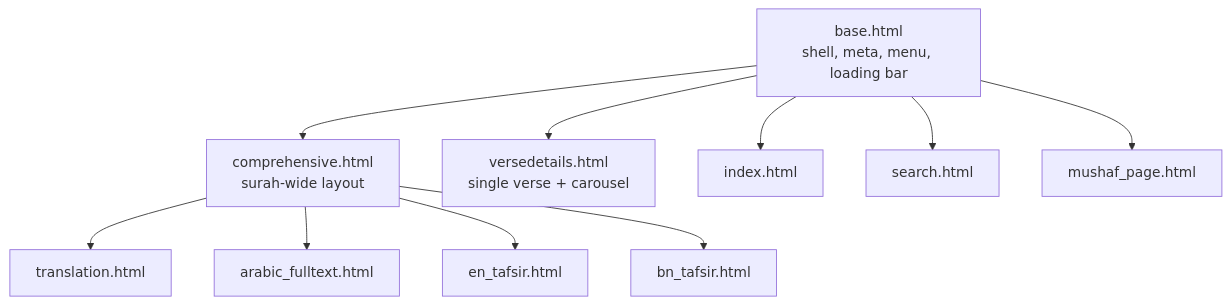
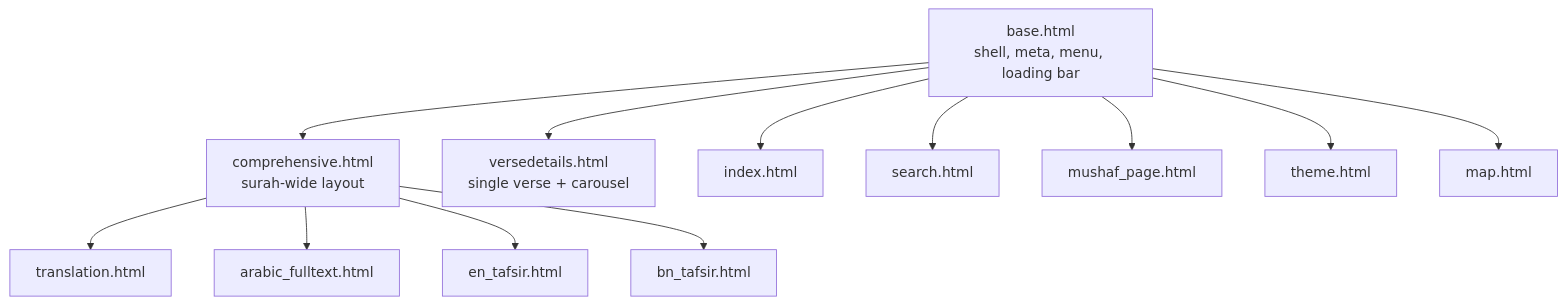
One commit to OnixHoque/aayatun changed the ninth of 16 diagrams in ARCHITECTURE.md. Above: the diagram before and after it, drawn with Mermaid. The commit also changed other lines of this file, not shown here.

First line of the commit message:
Rewrite ARCHITECTURE.md as a modular operations manual

````diff
--- a/ARCHITECTURE.md
+++ b/ARCHITECTURE.md
@@ -740,23 +859,27 @@
 ```mermaid
 flowchart TB
     B["base.html<br/>shell, meta, menu, loading bar"]
     C["comprehensive.html<br/>surah-wide layout"]
     V["versedetails.html<br/>single verse + carousel"]
     I["index.html"]
     S["search.html"]
     M["mushaf_page.html"]
+    TH["theme.html"]
+    MP["map.html"]
     T["translation.html"]
     A["arabic_fulltext.html"]
     EN["en_tafsir.html"]
     BN["bn_tafsir.html"]
 
     B --> C
     B --> V
     B --> I
     B --> S
     B --> M
+    B --> TH
+    B --> MP
     C --> T
     C --> A
     C --> EN
     C --> BN
 ```
````
